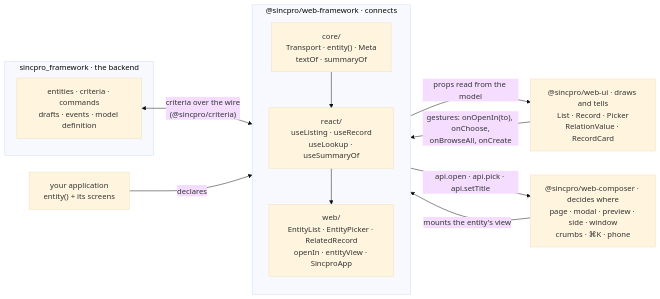
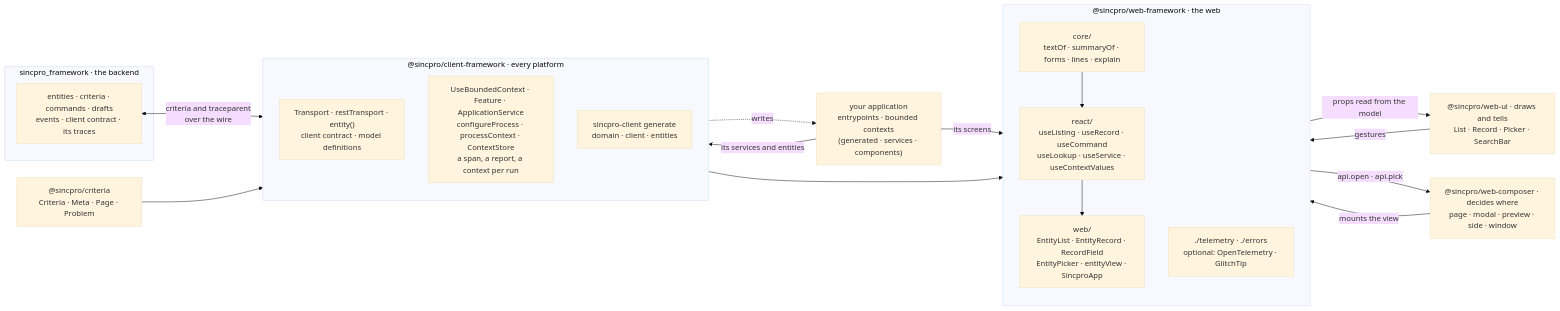
One commit to Sincpro-SRL/sincpro_web_framework changed the first of 4 diagrams in README.md. Above: the diagram before and after it, drawn with Mermaid (base theme). The commit also changed other lines of this file and 44 other files, not shown here.

First line of the commit message:
major(#230): selection everywhere, useService, and optional browser telemetry and error reporting (#18)

````diff
--- a/README.md
+++ b/README.md
@@ -75,23 +86,35 @@
 ```mermaid
 flowchart LR
   subgraph server["sincpro_framework · the backend"]
-    api["entities · criteria · commands<br/>drafts · events · model definition"]
+    api["entities · criteria · commands · drafts<br/>events · client contract · its traces"]
   end
-  subgraph fw["@sincpro/web-framework · connects"]
+  criteria["@sincpro/criteria<br/>Criteria · Meta · Page · Problem"]
+  subgraph cf["@sincpro/client-framework · every platform"]
     direction TB
-    core["core/<br/>Transport · entity() · Meta<br/>textOf · summaryOf"]
-    react["react/<br/>useListing · useRecord<br/>useLookup · useSummaryOf"]
-    web["web/<br/>EntityList · EntityPicker · RelatedRecord<br/>openIn · entityView · SincproApp"]
+    wire["Transport · restTransport · entity()<br/>client contract · model definitions"]
+    services["UseBoundedContext · Feature · ApplicationService<br/>configureProcess · processContext · ContextStore<br/>a span, a report, a context per run"]
+    generator["sincpro-client generate<br/>domain · client · entities"]
+  end
+  subgraph fw["@sincpro/web-framework · the web"]
+    direction TB
+    core["core/<br/>textOf · summaryOf · forms · lines · explain"]
+    react["react/<br/>useListing · useRecord · useCommand<br/>useLookup · useService · useContextValues"]
+    web["web/<br/>EntityList · EntityRecord · RecordField<br/>EntityPicker · entityView · SincproApp"]
+    optional["./telemetry · ./errors<br/>optional: OpenTelemetry · GlitchTip"]
     core --> react --> web
   end
-  ui["@sincpro/web-ui · draws and tells<br/>List · Record · Picker<br/>RelationValue · RecordCard"]
-  composer["@sincpro/web-composer · decides where<br/>page · modal · preview · side · window<br/>crumbs · ⌘K · phone"]
-  app["your application<br/>entity() + its screens"]
+  ui["@sincpro/web-ui · draws and tells<br/>List · Record · Picker · SearchBar"]
+  composer["@sincpro/web-composer · decides where<br/>page · modal · preview · side · window"]
+  app["your application<br/>entrypoints · bounded contexts<br/>(generated · services · components)"]
 
-  api <-->|"criteria over the wire<br/>(@sincpro/criteria)"| core
+  api <-->|"criteria and traceparent<br/>over the wire"| wire
+  criteria --> cf
+  cf --> fw
   web -->|"props read from the model"| ui
-  ui -->|"gestures: onOpenIn(to), onChoose,<br/>onBrowseAll, onCreate"| web
-  web -->|"api.open · api.pick · api.setTitle"| composer
-  composer -->|"mounts the entity's view"| web
-  app -->|"declares"| fw
+  ui -->|"gestures"| web
+  web -->|"api.open · api.pick"| composer
+  composer -->|"mounts the view"| web
+  generator -.->|"writes"| app
+  app -->|"its services and entities"| cf
+  app -->|"its screens"| fw
 ```
````
